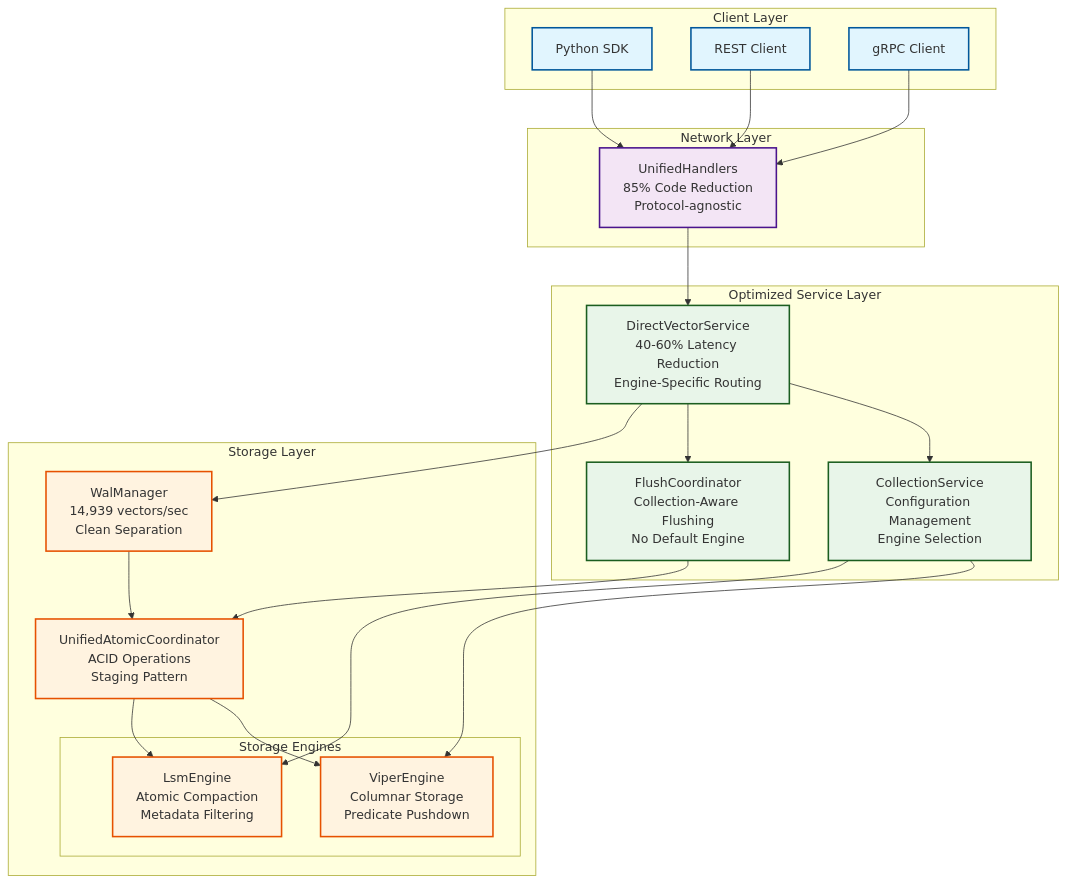
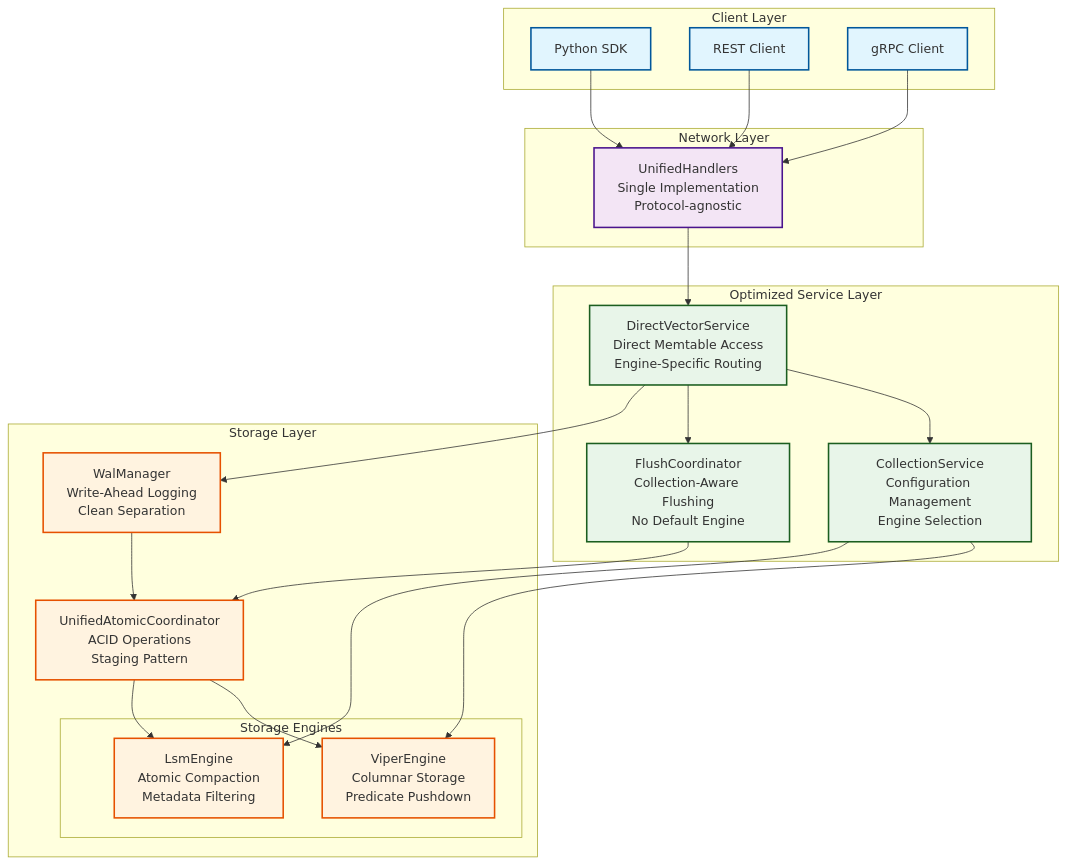
The diagram in docs/diagrams/direct-vector-service.mmd (vjsingh1984/proximaDB), drawn with Mermaid before and after one commit. The commit also changed 114 other files, not shown here.

```diff
--- a/docs/diagrams/direct-vector-service.mmd
+++ b/docs/diagrams/direct-vector-service.mmd
@@ -1,55 +1,55 @@
 graph TB
     subgraph "Client Layer"
         Python[Python SDK]
         REST[REST Client]
         gRPC[gRPC Client]
     end
 
     subgraph "Network Layer"
-        UH[UnifiedHandlers<br/>85% Code Reduction<br/>Protocol-agnostic]
+        UH[UnifiedHandlers<br/>Single Implementation<br/>Protocol-agnostic]
     end
 
     subgraph "Optimized Service Layer"
-        DVS[DirectVectorService<br/>40-60% Latency Reduction<br/>Engine-Specific Routing]
+        DVS[DirectVectorService<br/>Direct Memtable Access<br/>Engine-Specific Routing]
         CS[CollectionService<br/>Configuration Management<br/>Engine Selection]
         FC[FlushCoordinator<br/>Collection-Aware Flushing<br/>No Default Engine]
     end
 
     subgraph "Storage Layer"
-        WAL[WalManager<br/>14,939 vectors/sec<br/>Clean Separation]
+        WAL[WalManager<br/>Write-Ahead Logging<br/>Clean Separation]
         
         subgraph "Storage Engines"
             VIPER[ViperEngine<br/>Columnar Storage<br/>Predicate Pushdown]
             LSM[LsmEngine<br/>Atomic Compaction<br/>Metadata Filtering]
         end
         
         UAC[UnifiedAtomicCoordinator<br/>ACID Operations<br/>Staging Pattern]
     end
 
     Python --> UH
     REST --> UH
     gRPC --> UH
     
     UH --> DVS
     DVS --> CS
     DVS --> FC
     DVS --> WAL
     
     CS --> VIPER
     CS --> LSM
     
     WAL --> UAC
     FC --> UAC
     
     UAC --> VIPER
     UAC --> LSM
 
     classDef client fill:#e1f5fe,stroke:#01579b,stroke-width:2px
     classDef network fill:#f3e5f5,stroke:#4a148c,stroke-width:2px
     classDef service fill:#e8f5e9,stroke:#1b5e20,stroke-width:2px
     classDef storage fill:#fff3e0,stroke:#e65100,stroke-width:2px
     
     class Python,REST,gRPC client
     class UH network
     class DVS,CS,FC service
     class WAL,VIPER,LSM,UAC storage
```
